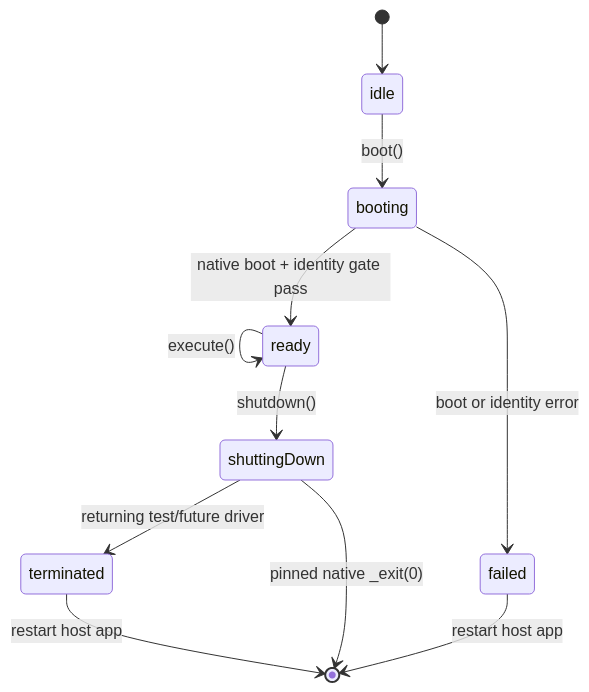
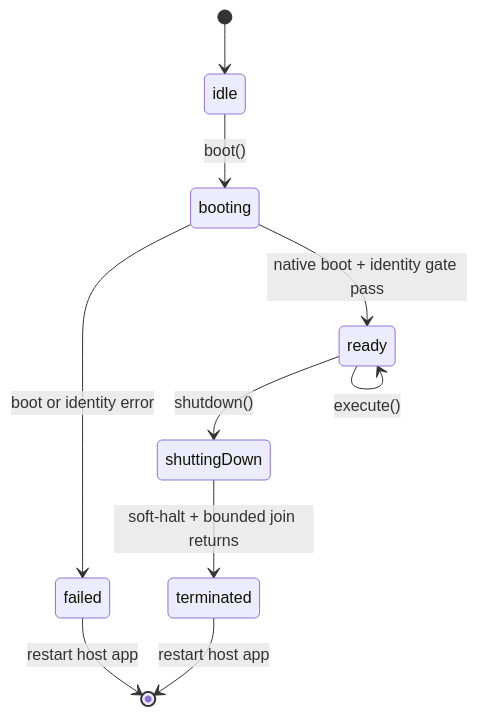
One commit to jacklv-coder/PocketRoot changed the third of 3 diagrams in Docs/Architecture.md. Above: the diagram before and after it, drawn with Mermaid. The commit also changed other lines of this file and 43 other files, not shown here.

````diff
--- a/Docs/Architecture.md
+++ b/Docs/Architecture.md
@@ -270,13 +277,12 @@
 ```mermaid
 stateDiagram-v2
     [*] --> idle
     idle --> booting: boot()
     booting --> ready: native boot + identity gate pass
     booting --> failed: boot or identity error
     ready --> ready: execute()
     ready --> shuttingDown: shutdown()
-    shuttingDown --> terminated: returning test/future driver
-    shuttingDown --> [*]: pinned native _exit(0)
+    shuttingDown --> terminated: soft-halt + bounded join returns
     failed --> [*]: restart host app
     terminated --> [*]: restart host app
 ```
````
